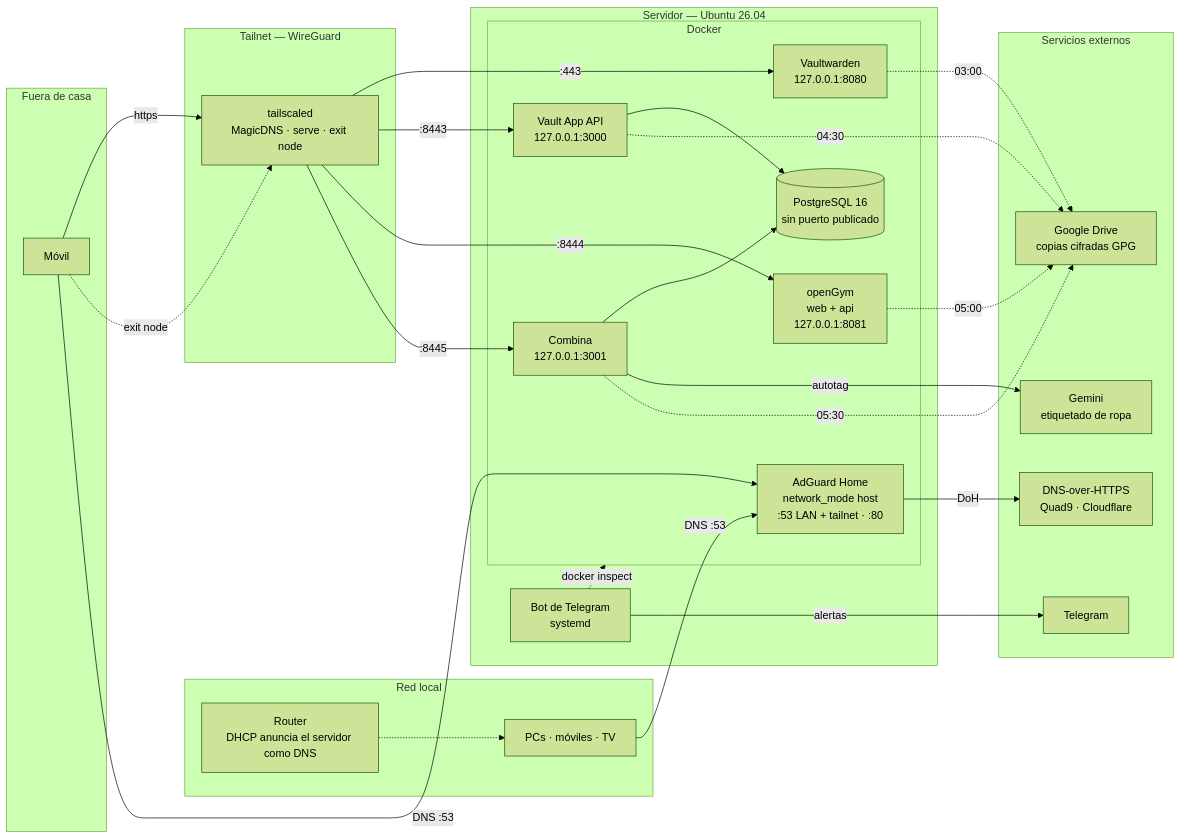
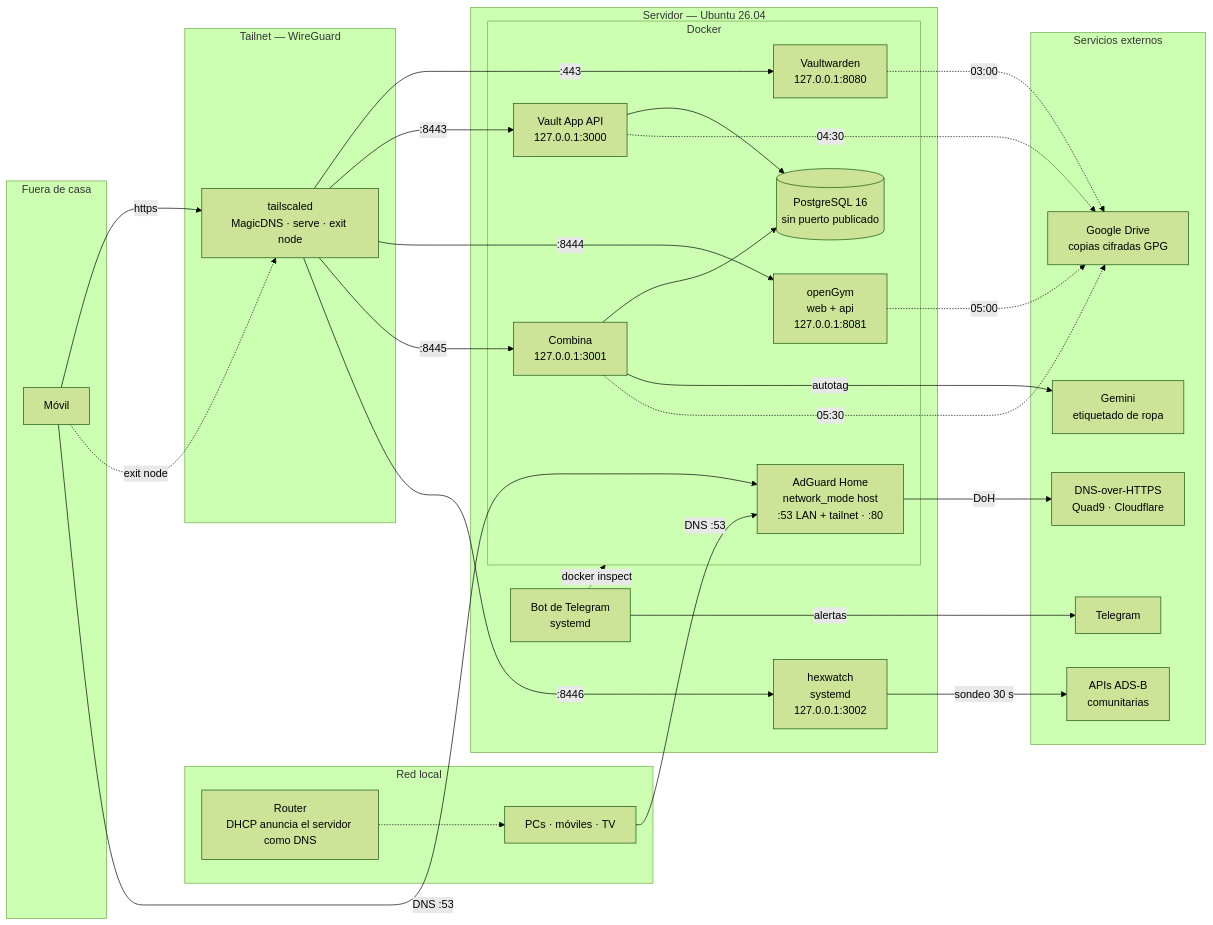
The diagram in README.md (SaguadoDev/homelab), drawn with Mermaid (forest theme) before and after one commit. The commit also changed other lines of this file and 8 other files, not shown here.

````diff
--- a/README.md
+++ b/README.md
@@ -38,54 +38,58 @@
 ```mermaid
 flowchart LR
     subgraph fuera ["Fuera de casa"]
         movil["Móvil"]
     end
 
     subgraph lan ["Red local"]
         router["Router<br/>DHCP anuncia el servidor como DNS"]
         disp["PCs · móviles · TV"]
     end
 
     subgraph tailnet ["Tailnet — WireGuard"]
         tsd["tailscaled<br/>MagicDNS · serve · exit node"]
     end
 
     subgraph host ["Servidor — Ubuntu 26.04"]
         bot["Bot de Telegram<br/>systemd"]
         subgraph docker ["Docker"]
             adg["AdGuard Home<br/>network_mode host<br/>:53 LAN + tailnet · :80"]
             vw["Vaultwarden<br/>127.0.0.1:8080"]
             api["Vault App API<br/>127.0.0.1:3000"]
             pg[("PostgreSQL 16<br/>sin puerto publicado")]
             og["openGym<br/>web + api<br/>127.0.0.1:8081"]
             arm["Combina<br/>127.0.0.1:3001"]
         end
+        hx["hexwatch<br/>systemd<br/>127.0.0.1:3002"]
     end
 
     subgraph ext ["Servicios externos"]
         gem["Gemini<br/>etiquetado de ropa"]
         doh["DNS-over-HTTPS<br/>Quad9 · Cloudflare"]
         drive["Google Drive<br/>copias cifradas GPG"]
         tg["Telegram"]
+        adsb["APIs ADS-B<br/>comunitarias"]
     end
 
     movil -->|"https"| tsd
     movil -.->|"exit node"| tsd
     router -.-> disp
     disp -->|"DNS :53"| adg
     movil -->|"DNS :53"| adg
     tsd -->|":443"| vw
     tsd -->|":8443"| api
     tsd -->|":8444"| og
     tsd -->|":8445"| arm
+    tsd -->|":8446"| hx
     api --> pg
     arm --> pg
     adg -->|"DoH"| doh
     arm -->|"autotag"| gem
+    hx -->|"sondeo 30 s"| adsb
     bot -.->|"docker inspect"| docker
     bot -->|"alertas"| tg
     vw -.->|"03:00"| drive
     api -.->|"04:30"| drive
     og -.->|"05:00"| drive
     arm -.->|"05:30"| drive
 ```
````
